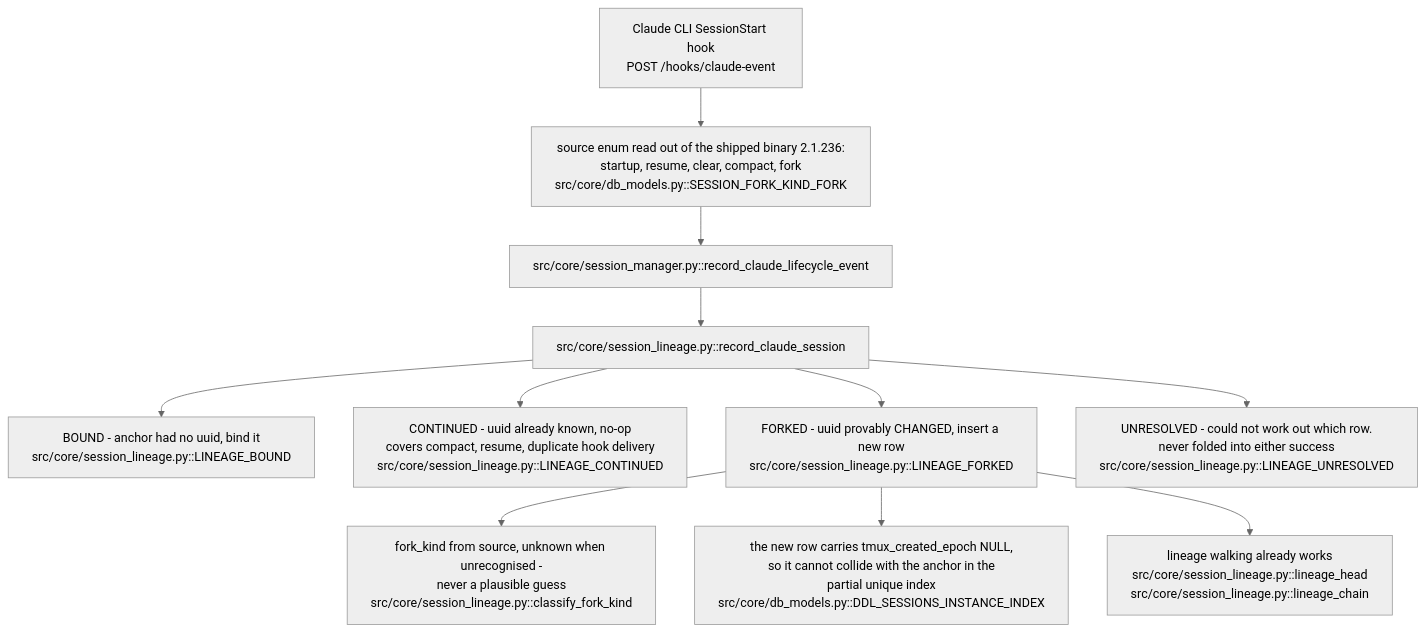
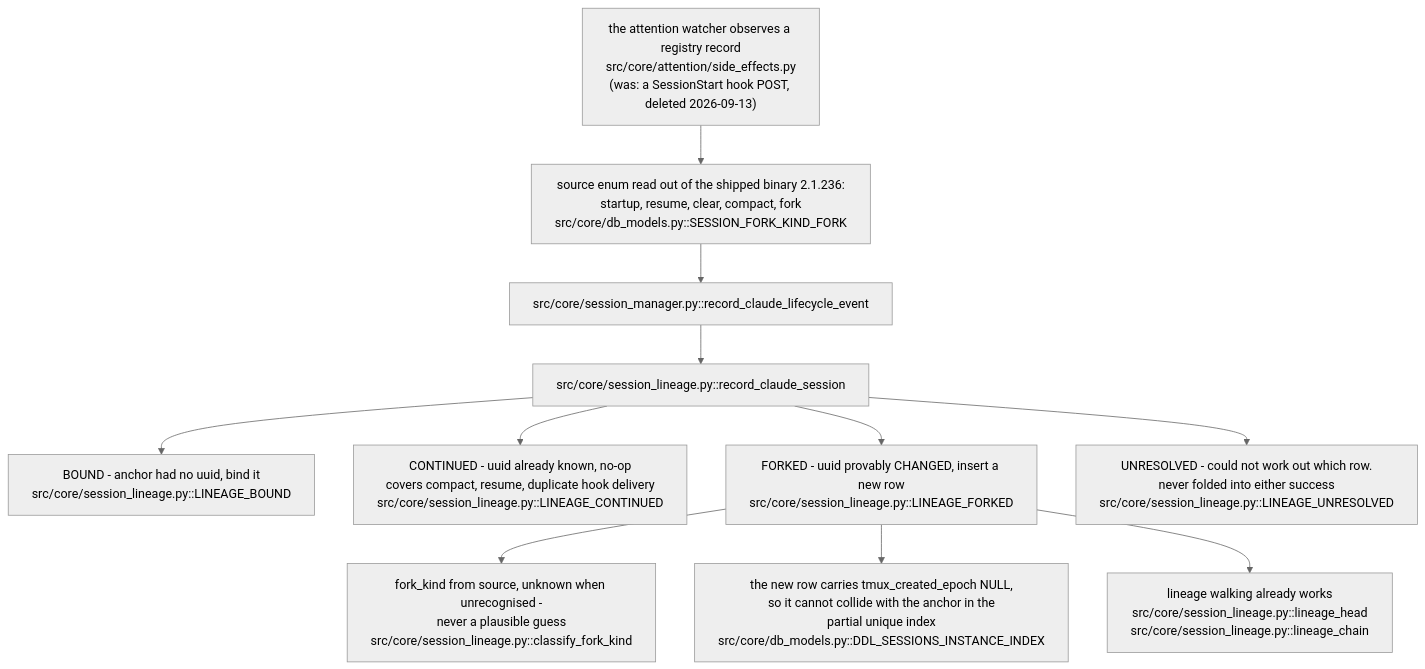
The ninth of 9 diagrams in docs/session-project-operations.md (ccsliinc/CloudeCode), drawn with Mermaid (neutral theme) before and after one commit. The commit also changed other lines of this file and 86 other files, not shown here.

First line of the commit message:
attention: delete the hook subsystem, and start the watcher

````diff
--- a/docs/session-project-operations.md
+++ b/docs/session-project-operations.md
@@ -363,16 +363,16 @@
 ```mermaid
 graph TD
-    H["Claude CLI SessionStart hook<br/>POST /hooks/claude-event"]
+    H["the attention watcher observes a registry record<br/>src/core/attention/side_effects.py<br/>(was: a SessionStart hook POST, deleted 2026-09-13)"]
     H --> H1["source enum read out of the shipped binary 2.1.236:<br/>startup, resume, clear, compact, fork<br/>src/core/db_models.py::SESSION_FORK_KIND_FORK"]
     H1 --> H2["src/core/session_manager.py::record_claude_lifecycle_event"]
     H2 --> H3["src/core/session_lineage.py::record_claude_session"]
 
     H3 --> B["BOUND - anchor had no uuid, bind it<br/>src/core/session_lineage.py::LINEAGE_BOUND"]
     H3 --> K["CONTINUED - uuid already known, no-op<br/>covers compact, resume, duplicate hook delivery<br/>src/core/session_lineage.py::LINEAGE_CONTINUED"]
     H3 --> F["FORKED - uuid provably CHANGED, insert a new row<br/>src/core/session_lineage.py::LINEAGE_FORKED"]
     H3 --> U["UNRESOLVED - could not work out which row.<br/>never folded into either success<br/>src/core/session_lineage.py::LINEAGE_UNRESOLVED"]
 
     F --> F1["fork_kind from source, unknown when unrecognised -<br/>never a plausible guess<br/>src/core/session_lineage.py::classify_fork_kind"]
     F --> F2["the new row carries tmux_created_epoch NULL,<br/>so it cannot collide with the anchor in the<br/>partial unique index<br/>src/core/db_models.py::DDL_SESSIONS_INSTANCE_INDEX"]
     F --> F3["lineage walking already works<br/>src/core/session_lineage.py::lineage_head<br/>src/core/session_lineage.py::lineage_chain"]
 ```
````
